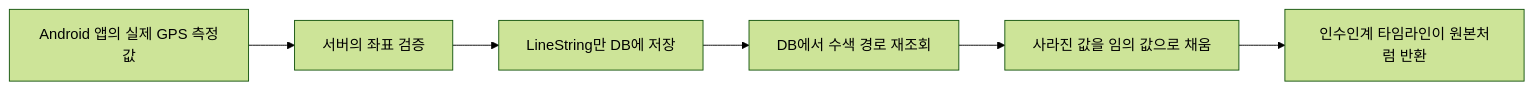
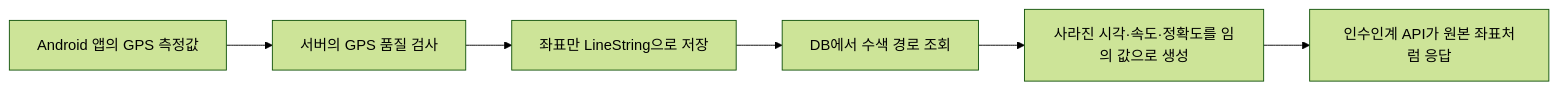
The diagram in docs/issues/search-path-gps-measurement-loss.md (sonic8-8/suri-map), drawn with Mermaid (forest theme) before and after one commit. The commit also changed other lines of this file and 72 other files, not shown here.

````diff
--- a/docs/issues/search-path-gps-measurement-loss.md
+++ b/docs/issues/search-path-gps-measurement-loss.md
@@ -31,8 +33,8 @@
 ```mermaid
 flowchart LR
-    A[Android 앱의 실제 GPS 측정값] --> B[서버의 좌표 검증]
-    B --> C[LineString만 DB에 저장]
-    C --> D[DB에서 수색 경로 재조회]
-    D --> E[사라진 값을 임의 값으로 채움]
-    E --> F[인수인계 타임라인이 원본처럼 반환]
+    A[Android 앱의 GPS 측정값] --> B[서버의 GPS 품질 검사]
+    B --> C[좌표만 LineString으로 저장]
+    C --> D[DB에서 수색 경로 조회]
+    D --> E[사라진 시각·속도·정확도를 임의 값으로 생성]
+    E --> F[인수인계 API가 원본 좌표처럼 응답]
 ```
````
